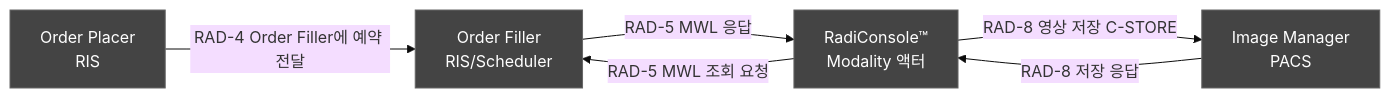
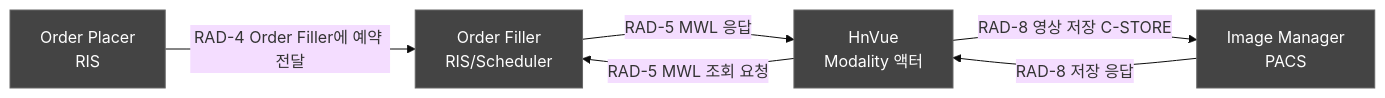
The second of 8 diagrams in docs/planning/DOC-001a_MR_Detailed_Spec_Tier1.md (holee9/console-gui), drawn with Mermaid (base theme) before and after one commit. The commit also changed other lines of this file and 34 other files, not shown here.

First line of the commit message:
fix: RadiConsole → HnVue 전체 일괄 변경 (35개 파일, 300건+)

````diff
--- a/docs/planning/DOC-001a_MR_Detailed_Spec_Tier1.md
+++ b/docs/planning/DOC-001a_MR_Detailed_Spec_Tier1.md
@@ -149,13 +149,13 @@
 ```mermaid
 flowchart LR
     A[Order Placer\nRIS] -->|RAD-4 Order Filler에 예약 전달| B[Order Filler\nRIS/Scheduler]
-    B -->|RAD-5 MWL 응답| C[RadiConsole™\nModality 액터]
+    B -->|RAD-5 MWL 응답| C[HnVue\nModality 액터]
     C -->|RAD-5 MWL 조회 요청| B
     C -->|RAD-8 영상 저장 C-STORE| D[Image Manager\nPACS]
     D -->|RAD-8 저장 응답| C
 
 style A fill:#444,stroke:#666,color:#fff
 style B fill:#444,stroke:#666,color:#fff
 style C fill:#444,stroke:#666,color:#fff
 style D fill:#444,stroke:#666,color:#fff
 ```
````
